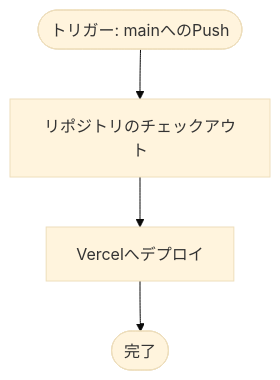
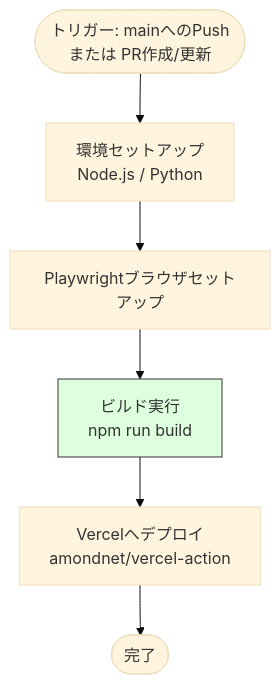
One commit to masanori-satake/QuickLog-Solo changed the fourth of 7 diagrams in docs/README_ACTIONS.md. Above: the diagram before and after it, drawn with Mermaid (base theme). The commit also changed other lines of this file and 7 other files, not shown here.

````diff
--- a/docs/README_ACTIONS.md
+++ b/docs/README_ACTIONS.md
@@ -144,6 +147,10 @@
 ```mermaid
 graph TD
-    Start([トリガー: mainへのPush]) --> Checkout[リポジトリのチェックアウト]
-    Checkout --> Vercel[Vercelへデプロイ]
+    Start([トリガー: mainへのPush<br/>または PR作成/更新]) --> Setup[環境セットアップ<br/>Node.js / Python]
+    Setup --> Playwright[Playwrightブラウザセットアップ]
+    Playwright --> Build[ビルド実行<br/>npm run build]
+    Build --> Vercel[Vercelへデプロイ<br/>amondnet/vercel-action]
     Vercel --> End([完了])
+
+    style Build fill:#dfd,stroke:#333
 ```
````
